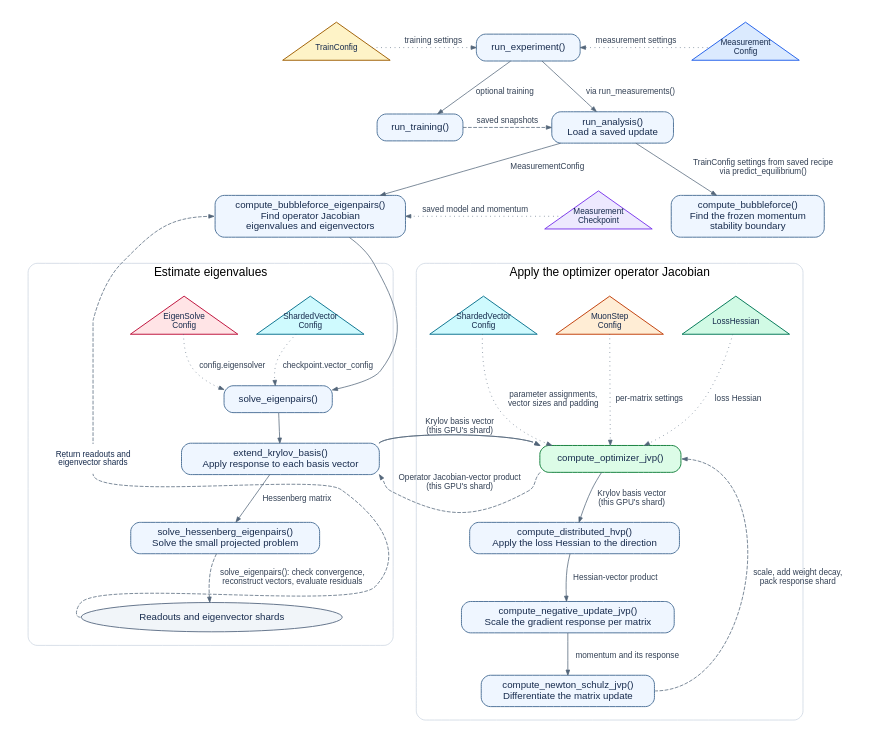
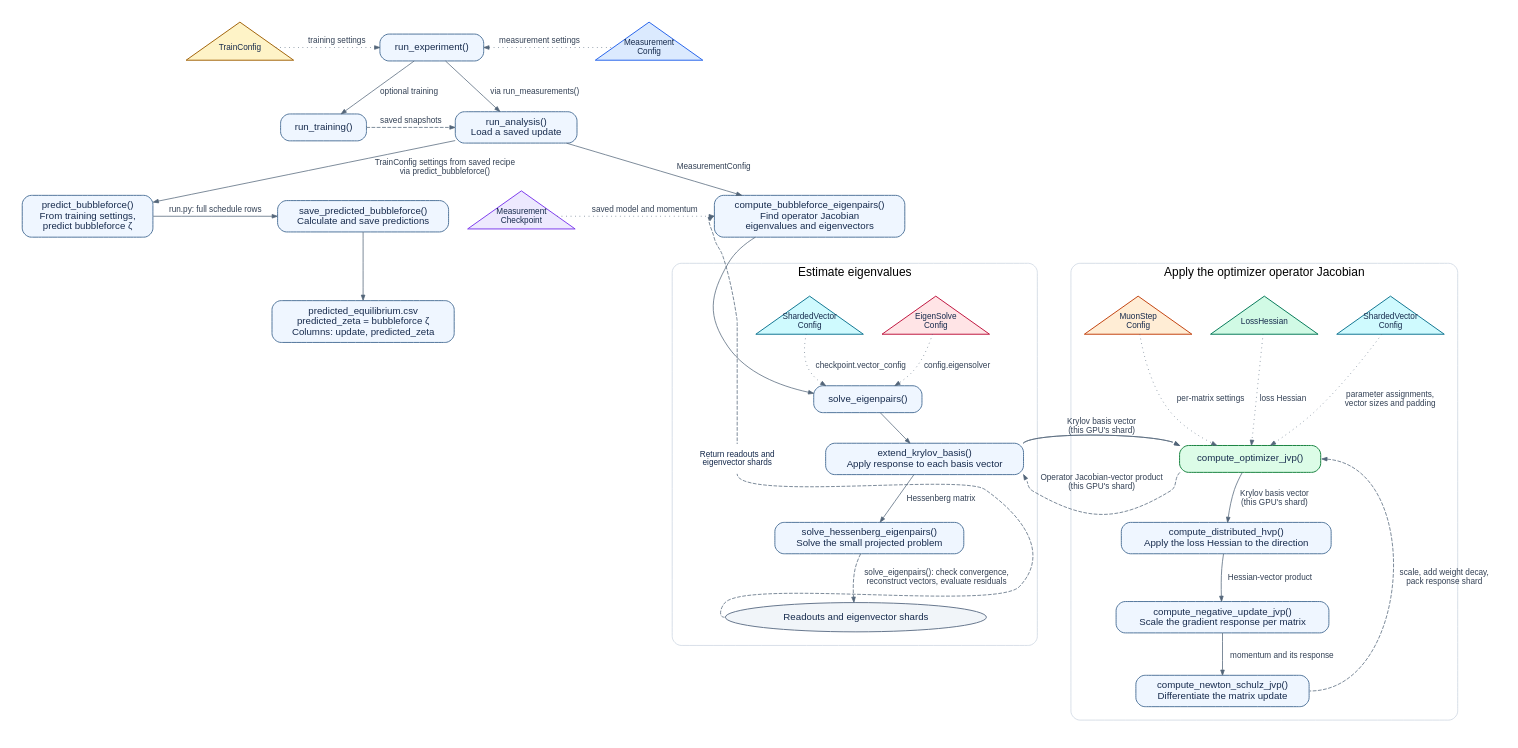
The diagram in figures/architecture.dot (jeffreycider/bubbleforce), drawn with Graphviz before and after one commit. The commit also changed 9 other files, not shown here.

Commit message:
Simplify bubbleforce predictions and measurement logging

```diff
--- a/figures/architecture.dot
+++ b/figures/architecture.dot
@@ -1,101 +1,105 @@
 digraph architecture {
   graph [rankdir=TB, bgcolor="white", pad=0.3, nodesep=0.35, ranksep=0.55,
          fontname="Helvetica", fontsize=16, compound=true, newrank=true];
   node [shape=box, style="rounded,filled", fillcolor="#EFF6FF", color="#50749A",
         fontname="Helvetica", fontsize=13, fontcolor="#172B4D", penwidth=1.3,
         margin="0.16,0.10", target="_blank"];
   edge [color="#536579", fontname="Helvetica", fontsize=11, fontcolor="#334155",
         arrowsize=0.7];
 
   runner [label="run_experiment()", URL="../run.py#L117"];
   train [label="run_training()", URL="../run.py#L182"];
   analysis [ordering=out, label="run_analysis()\nLoad a saved update", URL="../bubbleforce/run_analysis.py#L206"];
   prepare [label="compute_bubbleforce_eigenpairs()\nFind operator Jacobian\neigenvalues and eigenvectors", URL="../bubbleforce/run_analysis.py#L151"];
-  boundary [label="compute_bubbleforce()\nFind the frozen momentum\nstability boundary", URL="../bubbleforce/analysis/compute_bubbleforce.py#L40"];
+  boundary [label="predict_bubbleforce()\nFrom training settings,\npredict bubbleforce ζ", URL="../bubbleforce/run_analysis.py#L77"];
+  prediction_writer [label="save_predicted_bubbleforce()\nCalculate and save predictions", URL="../run.py#L161"];
+  prediction_csv [label="predicted_equilibrium.csv\npredicted_zeta = bubbleforce ζ\nColumns: update, predicted_zeta"];
 
   train_config [shape=triangle, style=filled, fixedsize=true, width=2.0, height=0.95, fillcolor="#FEF3C7", color="#A16207",
                 label="TrainConfig", fontsize=11, URL="../configs/train_config.py#L55"];
   measurement_config [shape=triangle, style=filled, fixedsize=true, width=2.0, height=0.95, fillcolor="#DBEAFE", color="#2563EB",
                       label="Measurement\nConfig", fontsize=11, URL="../configs/measurement_config.py#L159"];
   checkpoint [shape=triangle, style=filled, fixedsize=true, width=2.0, height=0.95, fillcolor="#EDE9FE", color="#7C3AED",
               label="Measurement\nCheckpoint", fontsize=11, URL="../bubbleforce/load_checkpoint.py#L21"];
 
   { rank=same; train_config; runner; measurement_config; }
   { rank=same; train; analysis; }
   train_config -> runner [ style=dotted, label="training settings"];
   runner -> measurement_config [dir=back, style=dotted, label="measurement settings"];
   runner -> train [label="optional training"];
   runner -> analysis [ordering=out, label="via run_measurements()"];
   train -> analysis [style=dashed, label="saved snapshots", constraint=false];
   checkpoint -> prepare [style=dotted, label="saved model and momentum"];
   analysis -> prepare [label="MeasurementConfig"];
-  analysis -> boundary [label="TrainConfig settings from saved recipe\nvia predict_equilibrium()"];
-  { rank=same; checkpoint; prepare; boundary; }
+  analysis -> boundary [label="TrainConfig settings from saved recipe\nvia predict_bubbleforce()"];
+  boundary -> prediction_writer [label="run.py: full schedule rows"];
+  prediction_writer -> prediction_csv;
+  { rank=same; checkpoint; prepare; boundary; prediction_writer; }
 
   subgraph cluster_solver {
     return_mid;
     return_upper [shape=point, style=invis, width=0, height=0, label="", group="return"];
     label="Estimate eigenvalues";
     style="rounded"; color="#CBD5E1"; margin=18;
     vector_config [shape=triangle, style=filled, fixedsize=true, width=2.0, height=0.95, fillcolor="#CFFAFE", color="#0E7490",
                    label="ShardedVector\nConfig", fontsize=11, URL="../configs/measurement_config.py#L82"];
     eigen_config [shape=triangle, style=filled, fixedsize=true, width=2.0, height=0.95, fillcolor="#FFE4E6", color="#BE123C",
                   label="EigenSolve\nConfig", fontsize=11, URL="../configs/measurement_config.py#L14"];
     solve [label="solve_eigenpairs()", URL="../bubbleforce/analysis/eigensolver.py#L305"];
     extend [label="extend_krylov_basis()\nApply response to each basis vector", URL="../bubbleforce/analysis/krylov.py#L127"];
     small [label="solve_hessenberg_eigenpairs()\nSolve the small projected problem", URL="../bubbleforce/analysis/krylov.py#L217"];
     result [shape=ellipse, style=filled, fillcolor="#F1F5F9", color="#64748B",
             label="Readouts and eigenvector shards"];
     { rank=same; vector_config; eigen_config; }
     vector_config -> solve [style=dotted, label="checkpoint.vector_config"];
     eigen_config -> solve [style=dotted, label="config.eigensolver"];
     solve -> extend;
     extend -> small [label="Hessenberg matrix"];
     small -> result [style=dashed, label="solve_eigenpairs(): check convergence,\nreconstruct vectors, evaluate residuals"];
   }
 
   subgraph cluster_response {
     label="Apply the optimizer operator Jacobian";
     style="rounded"; color="#CBD5E1"; margin=18;
     response [label="compute_optimizer_jvp()", fillcolor="#DCFCE7", color="#15803D",
               URL="../bubbleforce/analysis/muon_step.py#L62"];
     hessian [shape=triangle, style=filled, fixedsize=true, width=2.0, height=0.95, fillcolor="#D1FAE5", color="#047857",
              label="LossHessian", fontsize=11, URL="../bubbleforce/analysis/loss_hessian.py#L11"];
     hvp [label="compute_distributed_hvp()\nApply the loss Hessian to the direction",
          URL="../bubbleforce/analysis/sharded_hessian.py#L12"];
     step_config [shape=triangle, style=filled, fixedsize=true, width=2.0, height=0.95, fillcolor="#FFEDD5", color="#C2410C",
                  label="MuonStep\nConfig", fontsize=11, URL="../configs/measurement_config.py#L60"];
     response_vector_config [shape=triangle, style=filled, fixedsize=true, width=2.0, height=0.95, fillcolor="#CFFAFE", color="#0E7490",
                             label="ShardedVector\nConfig", fontsize=11, URL="../configs/measurement_config.py#L82"];
     negative [label="compute_negative_update_jvp()\nScale the gradient response per matrix",
               URL="../bubbleforce/analysis/muon_step.py#L14"];
     ns [label="compute_newton_schulz_jvp()\nDifferentiate the matrix update",
         URL="../bubbleforce/analysis/muon_jvp.py#L12"];
     { rank=same; hessian; step_config; response_vector_config; }
     hessian -> response [style=dotted, label="loss Hessian"];
     step_config -> response [style=dotted, label="per-matrix settings"];
     response_vector_config -> response [style=dotted, label="parameter assignments,\nvector sizes and padding"];
     response -> hvp [label="Krylov basis vector\n(this GPU's shard)"];
     hvp -> negative [label="Hessian-vector product"];
     negative -> ns [label="momentum and its response"];
     response:e -> ns:e [dir=back, style=dashed, label="scale, add weight decay,\npack response shard", weight=0];
   }
 
   prepare -> solve;
   prepare -> vector_config [style=invis];
   prepare -> eigen_config [style=invis];
   { rank=same; vector_config; eigen_config; hessian; }
   { rank=same; extend; response; }
   { rank=same; small; hvp; }
   extend:ne -> response:nw [label="Krylov basis vector\n(this GPU's shard)", constraint=false];
   response:sw -> extend:se [style=dashed, label="Operator Jacobian-vector product\n(this GPU's shard)", constraint=false];
 
   return_mid [group="return", shape=plaintext, style="", label="Return readouts and\neigenvector shards", fontsize=11];
   { rank=same; return_mid; extend; response; }
   return_mid -> extend [style=invis, weight=1000];
   result:w -> return_mid:s [style=dashed, arrowhead=none, constraint=false];
   { rank=same; return_upper; vector_config; eigen_config; }
   return_upper -> eigen_config [style=invis, weight=1000];
   return_upper -> return_mid:n [style=dashed, dir=none, weight=1000];
   return_upper -> prepare:w [style=dashed, constraint=false];
 }
```
